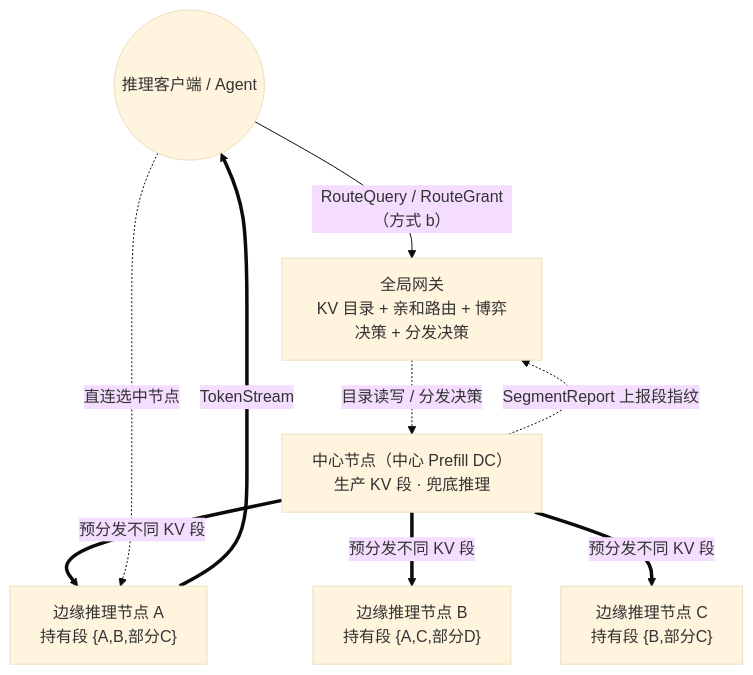
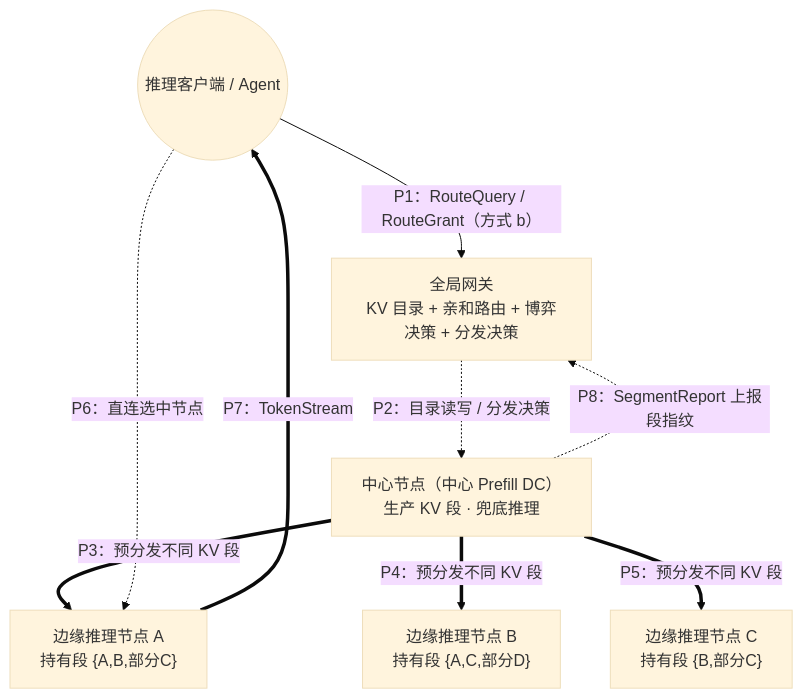
One commit to asml125-sketch/KVCacheCDNSolution changed the first of 4 diagrams in KV Cache CDN 解决方案-专利交底书.md. Above: the diagram before and after it, drawn with Mermaid (base theme). The commit also changed 5 other files, not shown here.

````diff
--- a/KV Cache CDN 解决方案-专利交底书.md
+++ b/KV Cache CDN 解决方案-专利交底书.md
@@ -64,18 +64,18 @@
 ```mermaid
 flowchart TB
     U(("推理客户端 / Agent"))
     GW["全局网关<br/>KV 目录 + 亲和路由 + 博弈决策 + 分发决策"]
     CENTER["中心节点（中心 Prefill DC）<br/>生产 KV 段 · 兜底推理"]
     E1["边缘推理节点 A<br/>持有段 {A,B,部分C}"]
     E2["边缘推理节点 B<br/>持有段 {A,C,部分D}"]
     E3["边缘推理节点 C<br/>持有段 {B,部分C}"]
 
-    U -->|RouteQuery / RouteGrant（方式 b）| GW
-    GW -.->|目录读写 / 分发决策| CENTER
-    CENTER ==>|预分发不同 KV 段| E1
-    CENTER ==>|预分发不同 KV 段| E2
-    CENTER ==>|预分发不同 KV 段| E3
-    U -.->|直连选中节点| E1
-    E1 ==>|TokenStream| U
-    CENTER -.->|SegmentReport 上报段指纹| GW
+    U -->|P1：RouteQuery / RouteGrant（方式 b）| GW
+    GW -.->|P2：目录读写 / 分发决策| CENTER
+    CENTER ==>|P3：预分发不同 KV 段| E1
+    CENTER ==>|P4：预分发不同 KV 段| E2
+    CENTER ==>|P5：预分发不同 KV 段| E3
+    U -.->|P6：直连选中节点| E1
+    E1 ==>|P7：TokenStream| U
+    CENTER -.->|P8：SegmentReport 上报段指纹| GW
 ```
````
